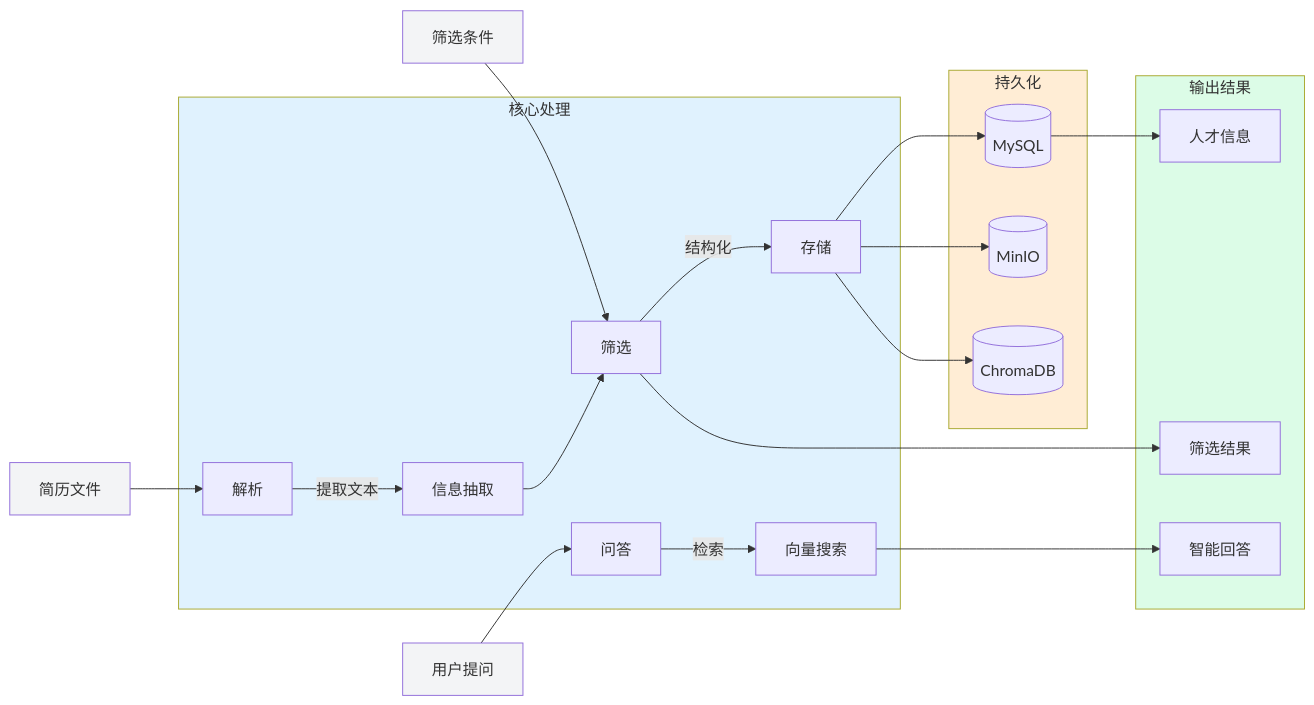
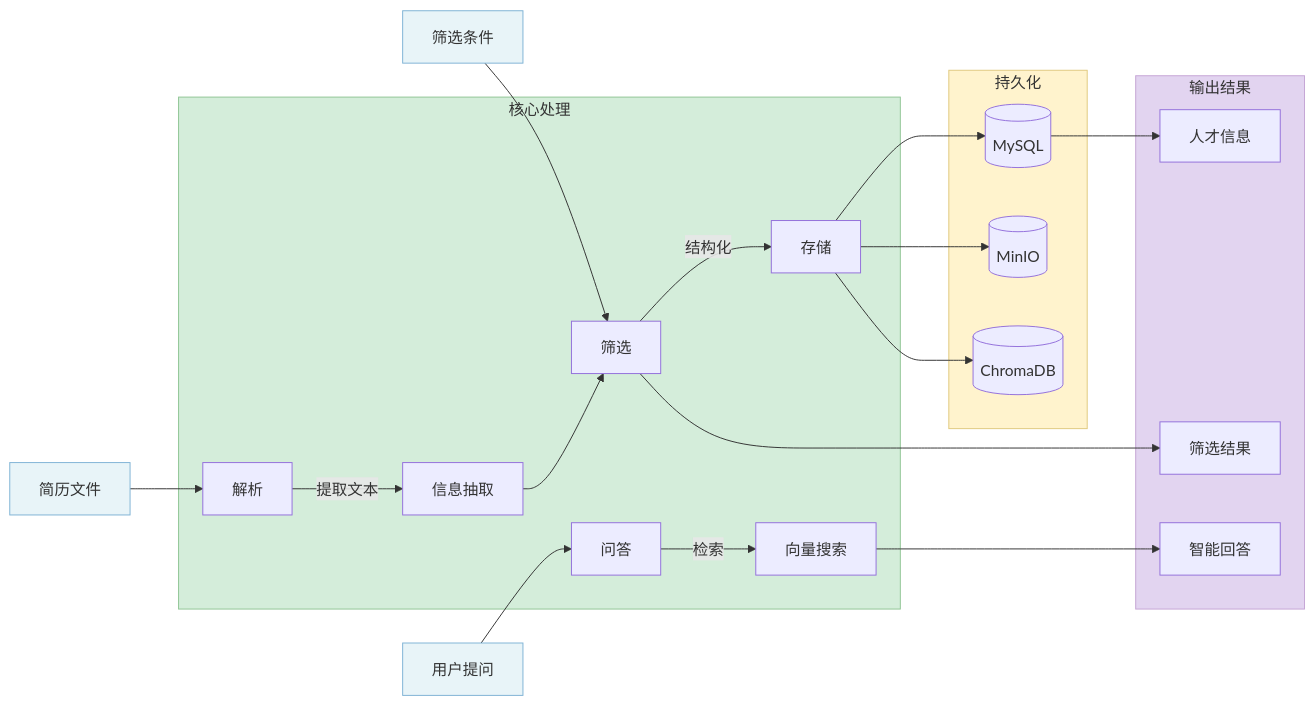
Before and after one commit to xt765/ResumeScreening: the third of 14 diagrams in docs/architecture.md, drawn with Mermaid. The commit also changed other lines of this file and 4 other files, not shown here.

````diff
--- a/docs/architecture.md
+++ b/docs/architecture.md
@@ -209,32 +209,32 @@
 ```mermaid
 graph LR
     Input1[简历文件] --> Parse[解析]
     Input2[筛选条件] --> Filter[筛选]
     Input3[用户提问] --> RAG[问答]
     
     subgraph Process [核心处理]
         Parse -->|提取文本| Extract[信息抽取]
         Extract --> Filter
         Filter -->|结构化| Store[存储]
         RAG -->|检索| Search[向量搜索]
     end
     
     subgraph Storage [持久化]
         Store --> DB[(MySQL)]
         Store --> OSS[(MinIO)]
         Store --> Vec[(ChromaDB)]
     end
     
     subgraph Output [输出结果]
         DB --> Info[人才信息]
         Filter --> Result[筛选结果]
         Search --> Answer[智能回答]
     end
     
-    style Input1 fill:#f3f4f6
-    style Input2 fill:#f3f4f6
-    style Input3 fill:#f3f4f6
-    style Process fill:#e0f2fe
-    style Storage fill:#ffedd5
-    style Output fill:#dcfce7
+    style Input1 fill:#e8f4f8,stroke:#7fb3d5,stroke-width:1px
+    style Input2 fill:#e8f4f8,stroke:#7fb3d5,stroke-width:1px
+    style Input3 fill:#e8f4f8,stroke:#7fb3d5,stroke-width:1px
+    style Process fill:#d4edda,stroke:#90c695,stroke-width:1px
+    style Storage fill:#fff3cd,stroke:#e0c97f,stroke-width:1px
+    style Output fill:#e2d4f0,stroke:#c5a5d5,stroke-width:1px
 ```
````
